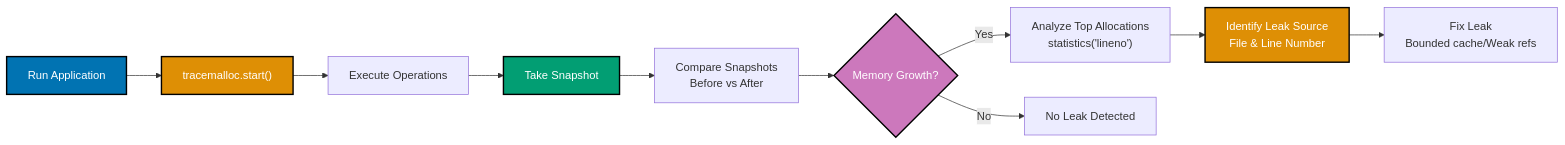
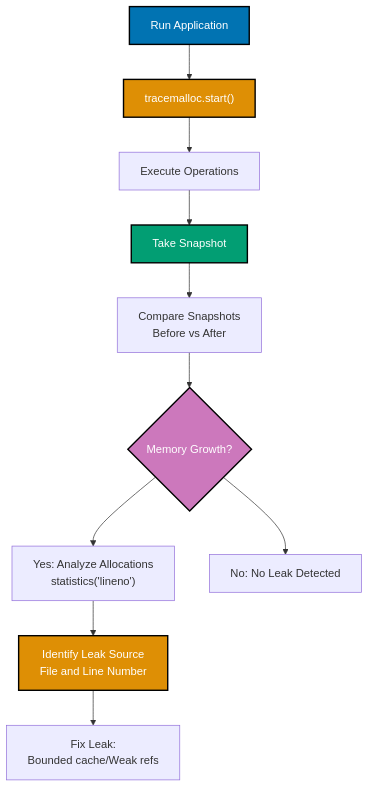
Before and after one commit to wahidyankf/open-sharia-enterprise: the third of 4 diagrams in docs/explanation/software-engineering/programming-languages/python/memory-management.md, drawn with Mermaid. The commit also changed 12 other files, not shown here.

First line of the commit message:
fix(docs): fix mermaid violations in python docs

````diff
--- a/docs/explanation/software-engineering/programming-languages/python/memory-management.md
+++ b/docs/explanation/software-engineering/programming-languages/python/memory-management.md
@@ -316,22 +316,22 @@
 ```mermaid
 %% Color Palette: Blue #0173B2, Orange #DE8F05, Teal #029E73, Purple #CC78BC
-graph LR
+graph TD
   A[Run Application] --> B[tracemalloc.start#40;#41;]
   B --> C[Execute Operations]
   C --> D[Take Snapshot]
 
   D --> E[Compare Snapshots<br/>Before vs After]
   E --> F{Memory Growth?}
 
-  F -->|Yes| G[Analyze Top Allocations<br/>statistics#40;'lineno'#41;]
-  F -->|No| H[No Leak Detected]
+  F --> G[Yes: Analyze Allocations<br/>statistics#40;'lineno'#41;]
+  F --> H[No: No Leak Detected]
 
-  G --> I[Identify Leak Source<br/>File & Line Number]
-  I --> J[Fix Leak<br/>Bounded cache/Weak refs]
+  G --> I[Identify Leak Source<br/>File and Line Number]
+  I --> J[Fix Leak:<br/>Bounded cache/Weak refs]
 
   style A fill:#0173B2,stroke:#000,color:#fff,stroke-width:2px
   style B fill:#DE8F05,stroke:#000,color:#fff,stroke-width:2px
   style D fill:#029E73,stroke:#000,color:#fff,stroke-width:2px
   style F fill:#CC78BC,stroke:#000,color:#fff,stroke-width:2px
   style I fill:#DE8F05,stroke:#000,color:#fff,stroke-width:2px
 ```
````
